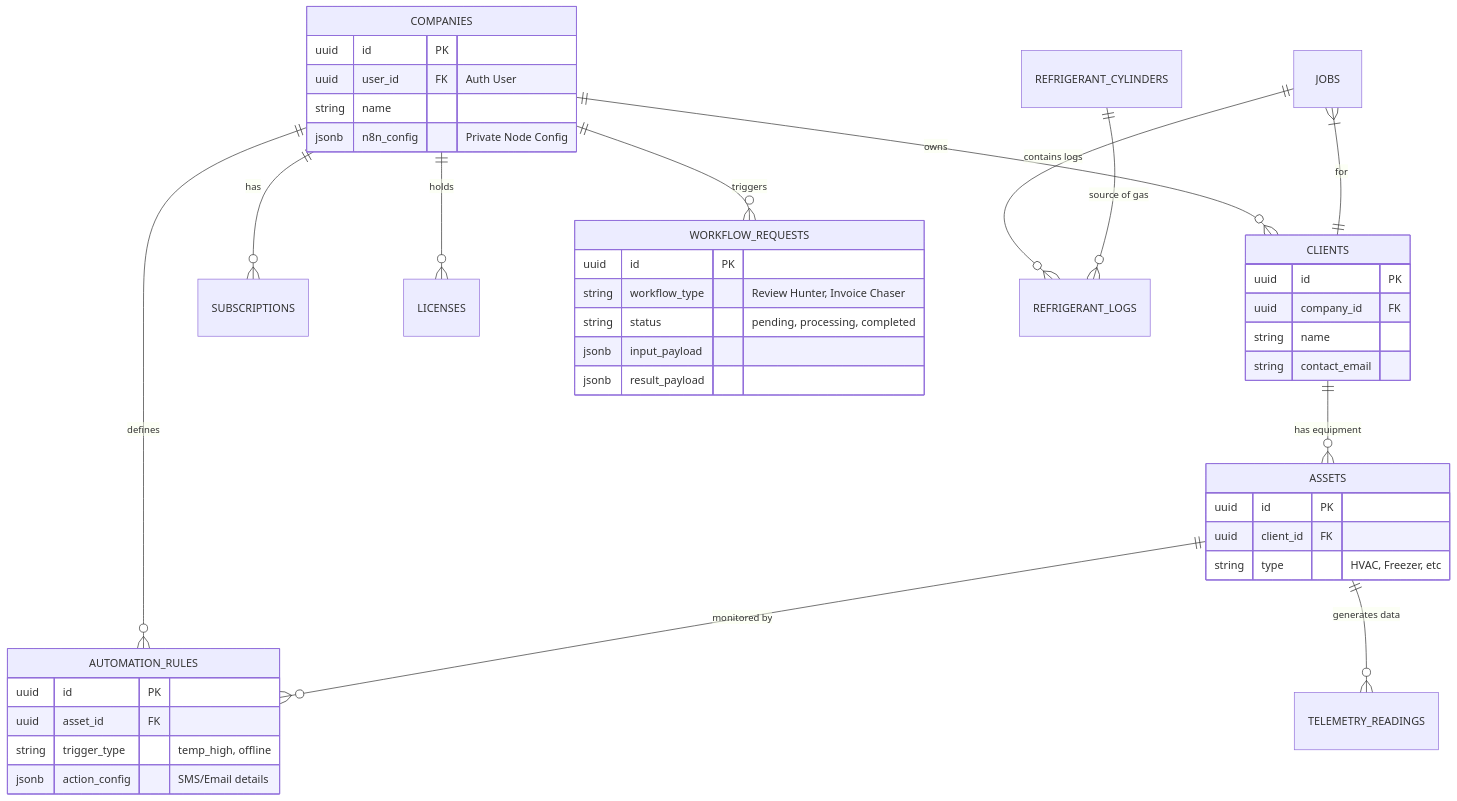
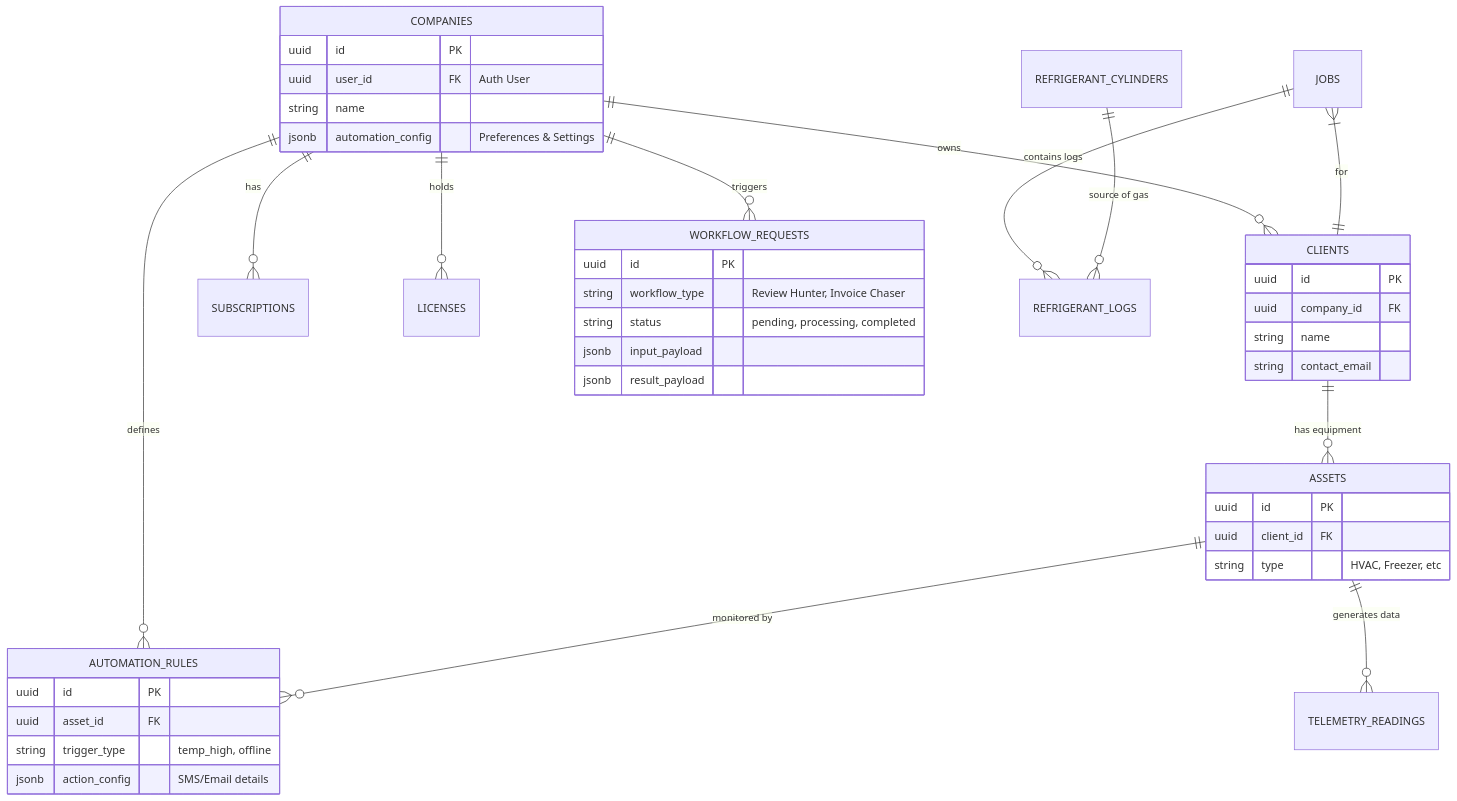
One commit to EVOMINDMAZE/HVAC-R changed the diagram in AI_ONBOARDING.md. Above: the diagram before and after it, drawn with Mermaid. The commit also changed other lines of this file and 159 other files, not shown here.

````diff
--- a/AI_ONBOARDING.md
+++ b/AI_ONBOARDING.md
@@ -89,52 +88,52 @@
 ```mermaid
 erDiagram
     COMPANIES ||--o{ CLIENTS : "owns"
     COMPANIES ||--o{ SUBSCRIPTIONS : "has"
     COMPANIES ||--o{ LICENSES : "holds"
     COMPANIES ||--o{ WORKFLOW_REQUESTS : "triggers"
     COMPANIES ||--o{ AUTOMATION_RULES : "defines"
     
     CLIENTS ||--o{ ASSETS : "has equipment"
     ASSETS ||--o{ TELEMETRY_READINGS : "generates data"
     ASSETS ||--o{ AUTOMATION_RULES : "monitored by"
     
     JOBS }|--|| CLIENTS : "for"
     JOBS ||--o{ REFRIGERANT_LOGS : "contains logs"
     
     REFRIGERANT_CYLINDERS ||--o{ REFRIGERANT_LOGS : "source of gas"
 
     COMPANIES {
         uuid id PK
         uuid user_id FK "Auth User"
         string name
-        jsonb n8n_config "Private Node Config"
+        jsonb automation_config "Preferences & Settings"
     }
 
     CLIENTS {
         uuid id PK
         uuid company_id FK
         string name
         string contact_email
     }
 
     ASSETS {
         uuid id PK
         uuid client_id FK
         string type "HVAC, Freezer, etc"
     }
 
     WORKFLOW_REQUESTS {
         uuid id PK
         string workflow_type "Review Hunter, Invoice Chaser"
         string status "pending, processing, completed"
         jsonb input_payload
         jsonb result_payload
     }
 
     AUTOMATION_RULES {
         uuid id PK
         uuid asset_id FK
         string trigger_type "temp_high, offline"
         jsonb action_config "SMS/Email details"
     }
 ```
````
